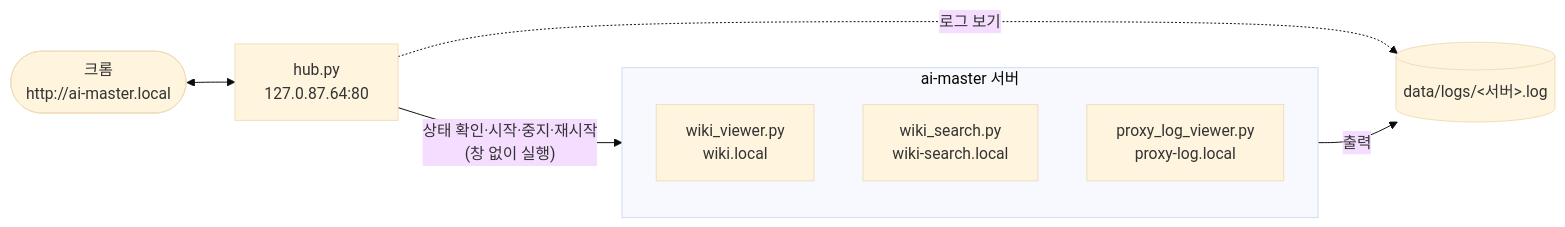
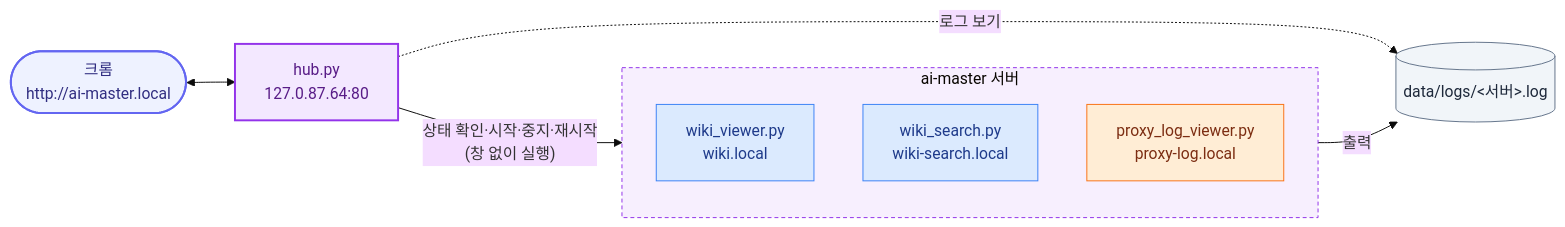
Before and after one commit to pcmola/ai-master: the third of 6 diagrams in README.md, drawn with Mermaid (base theme). The commit also changed other lines of this file, not shown here.

````diff
--- a/README.md
+++ b/README.md
@@ -155,12 +187,24 @@
 ```mermaid
 flowchart LR
     browser(["크롬<br/>http://ai-master.local"]) <--> hub["hub.py<br/>127.0.87.64:80"]
     hub -- "상태 확인·시작·중지·재시작<br/>(창 없이 실행)" --> servers
     subgraph servers["ai-master 서버"]
         s1["wiki_viewer.py<br/>wiki.local"]
         s2["wiki_search.py<br/>wiki-search.local"]
         s3["proxy_log_viewer.py<br/>proxy-log.local"]
     end
     servers -- "출력" --> logs[("data/logs/&lt;서버&gt;.log")]
     hub -. "로그 보기" .-> logs
+
+    classDef user fill:#EEF2FF,stroke:#6366F1,stroke-width:2px,color:#312E81
+    classDef hub fill:#F3E8FF,stroke:#9333EA,stroke-width:2px,color:#581C87
+    classDef wiki fill:#DBEAFE,stroke:#3B82F6,color:#1E3A8A
+    classDef proxy fill:#FFEDD5,stroke:#F97316,color:#7C2D12
+    classDef store fill:#F1F5F9,stroke:#64748B,color:#1E293B
+    class browser user
+    class hub hub
+    class s1,s2 wiki
+    class s3 proxy
+    class logs store
+    style servers fill:#9333EA14,stroke:#9333EA,stroke-dasharray:4 3
 ```
````
